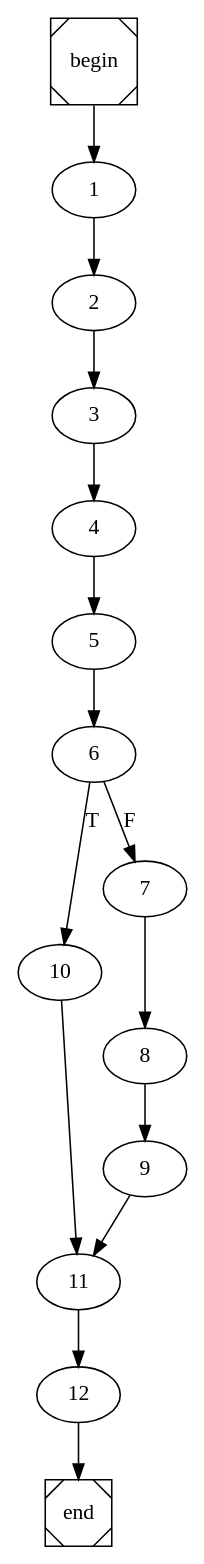
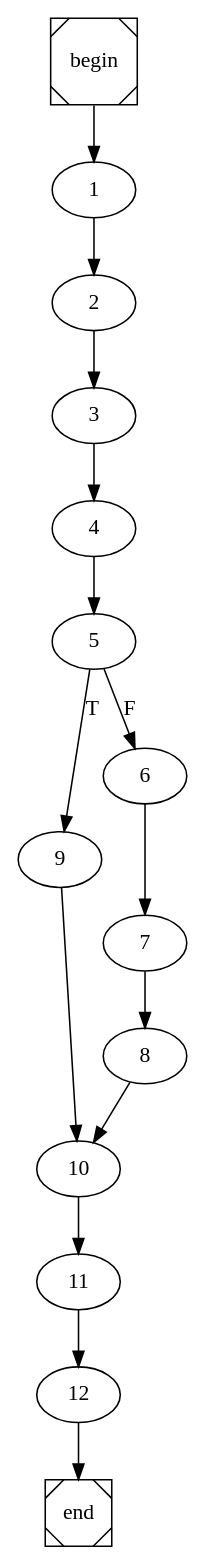
The diagram in main.dot (TheZambi/COMP), drawn with Graphviz before and after one commit. The commit also changed 6 other files, not shown here.

```diff
--- a/main.dot
+++ b/main.dot
@@ -1,4 +1,4 @@
 digraph cfg {
 	begin [shape=Msquare];
 	end [shape=Msquare];
-	begin -> 1;	1 -> 2;	2 -> 3;	3 -> 4;	4 -> 5;	5 -> 6;	6 -> 10[label=T];	6 -> 7[label=F];	7 -> 8;	8 -> 9;	9 -> 11;	10 -> 11;	11 -> 12;	12 -> end;}
+	begin -> 1;	1 -> 2;	2 -> 3;	3 -> 4;	4 -> 5;	5 -> 9[label=T];	5 -> 6[label=F];	6 -> 7;	7 -> 8;	8 -> 10;	9 -> 10;	10 -> 11;	11 -> 12;	12 -> end;}
```
